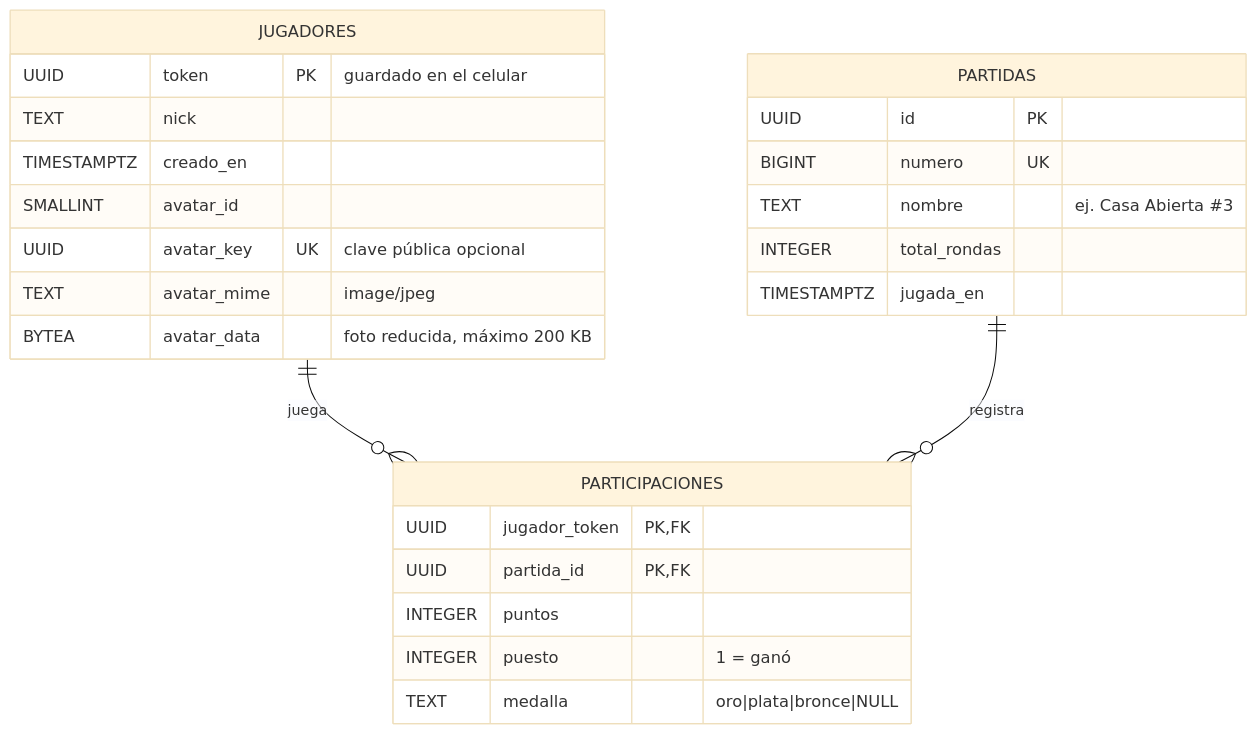
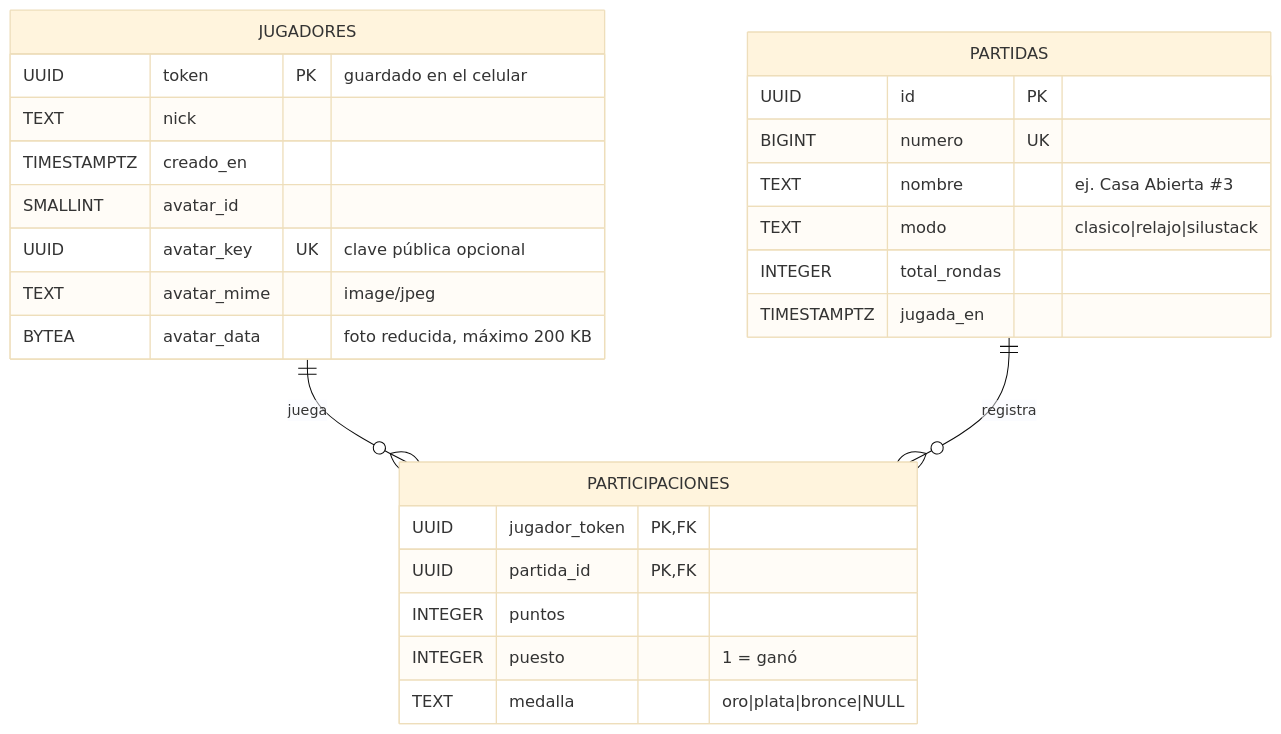
The fourth of 4 diagrams in README.md (acampanaa/silunet), drawn with Mermaid (base theme) before and after one commit. The commit also changed other lines of this file and 34 other files, not shown here.

````diff
--- a/README.md
+++ b/README.md
@@ -249,29 +241,30 @@
 ```mermaid
 erDiagram
     JUGADORES ||--o{ PARTICIPACIONES : "juega"
     PARTIDAS  ||--o{ PARTICIPACIONES : "registra"
 
     JUGADORES {
         UUID    token PK "guardado en el celular"
         TEXT    nick
         TIMESTAMPTZ creado_en
         SMALLINT avatar_id
         UUID avatar_key UK "clave pública opcional"
         TEXT avatar_mime "image/jpeg"
         BYTEA avatar_data "foto reducida, máximo 200 KB"
     }
     PARTIDAS {
         UUID    id PK
         BIGINT  numero UK
         TEXT    nombre "ej. Casa Abierta #3"
+        TEXT    modo "clasico|relajo|silustack"
         INTEGER total_rondas
         TIMESTAMPTZ jugada_en
     }
     PARTICIPACIONES {
         UUID jugador_token PK,FK
         UUID partida_id PK,FK
         INTEGER puntos
         INTEGER puesto "1 = ganó"
         TEXT    medalla "oro|plata|bronce|NULL"
     }
 ```
````
